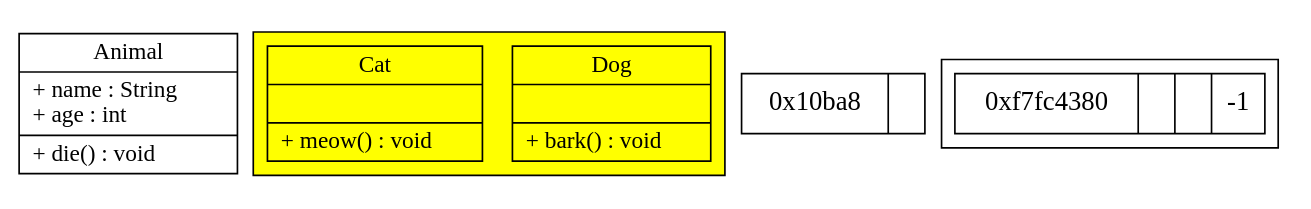
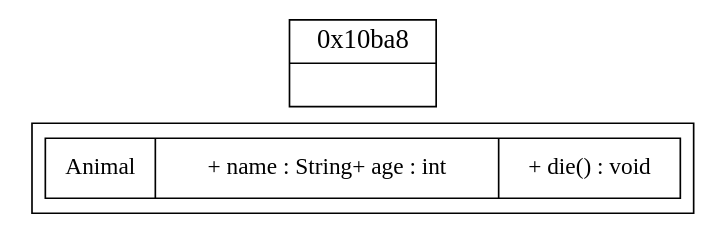
One commit to sisyphus1212/note changed the diagram in dpdk/内存管理.md. Above: the diagram before and after it, drawn with Graphviz.

Commit message:
auto_update

````diff
--- a/dpdk/内存管理.md
+++ b/dpdk/内存管理.md
@@ -79,26 +79,17 @@
 ```graphviz
 digraph g {
-	rankdir=TB;
-	Animal[label = "{Animal | + name : String\l+ age : int\l |+ die() : void\l}", shape = "record" ];
-	subgraph clusterAnimalImpl{
-		bgcolor = "yellow";
-		Dog[label = "{Dog| |+ bark() : void\l}" , shape = "record"];
-		Cat[label = "{Cat| |+ meow() : void\l}" , shape = "record"];
-	};
+	rankdir=LR;
+	Animal[label = "{Animal | + name : String+ age : int |+ die() : void}", shape = "record" ];
 	node [
 	fontsize = "16"
 	shape = "ellipse"
 	];
 	"node0" [
 		label = "<f0> 0x10ba8| <f1>"
 		shape = "record"
 	];
 	subgraph cluster_0 {
-		rankdir=LR;
-		"node1" [
-		label = "<f0> 0xf7fc4380| <f1> | <f2> |-1"
-		shape = "record"
-		];
+Animal[label = "{Animal | + name : String+ age : int |+ die() : void}", shape = "record" ];
 	}
 }
 ```
````
